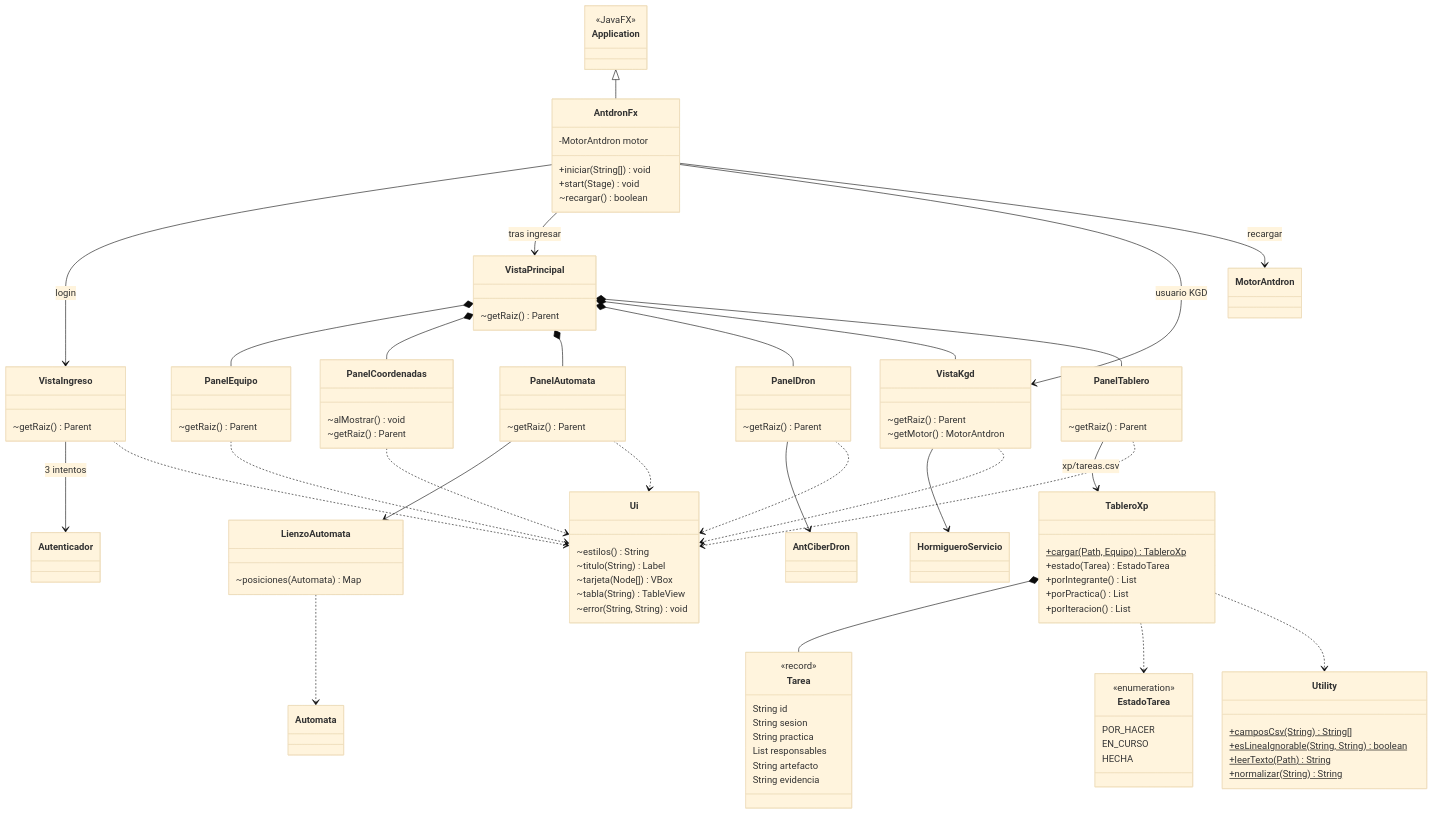
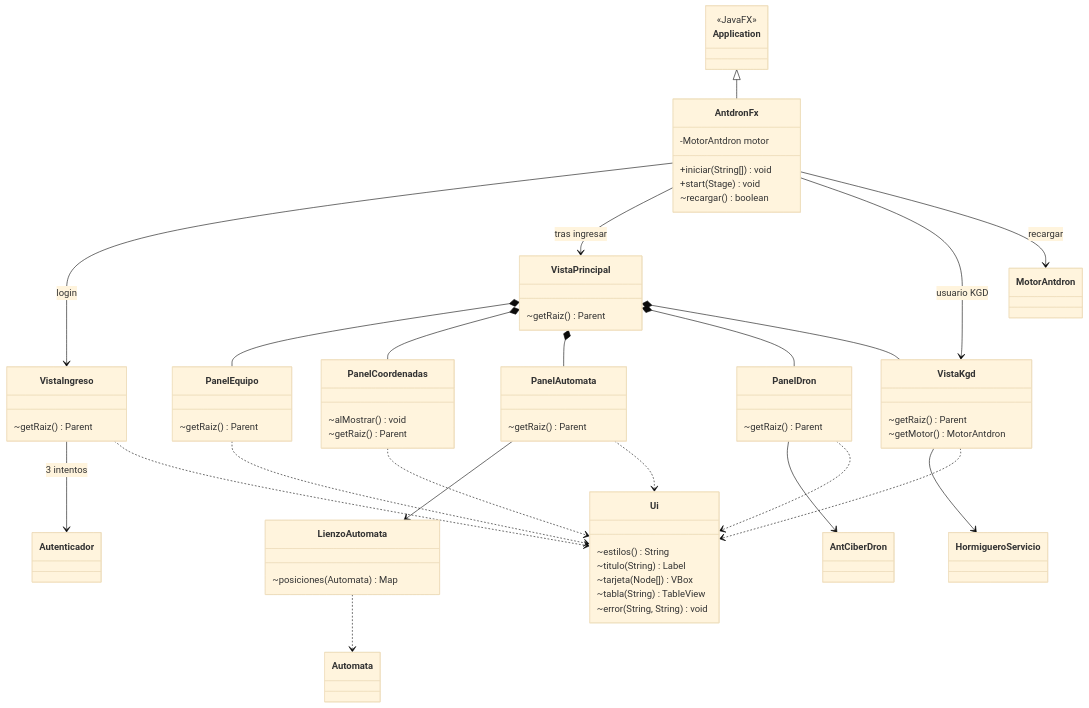
Before and after one commit to amsipan/ProyectoAgiles1erBim: the fifth of 8 diagrams in docs/diagramas/clases.md, drawn with Mermaid (base theme). The commit also changed other lines of this file and 89 other files, not shown here.

````diff
--- a/docs/diagramas/clases.md
+++ b/docs/diagramas/clases.md
@@ -493,37 +510,6 @@
         ~getRaiz() Parent
         ~getMotor() MotorAntdron
     }
-    class PanelTablero {
-        ~getRaiz() Parent
-    }
-    class TableroXp {
-        +cargar(Path, Equipo)$ TableroXp
-        +estado(Tarea) EstadoTarea
-        +porIntegrante() List
-        +porPractica() List
-        +porIteracion() List
-    }
-    class Tarea {
-        <<record>>
-        String id
-        String sesion
-        String practica
-        List responsables
-        String artefacto
-        String evidencia
-    }
-    class EstadoTarea {
-        <<enumeration>>
-        POR_HACER
-        EN_CURSO
-        HECHA
-    }
-    class Utility {
-        +camposCsv(String)$ String[]
-        +esLineaIgnorable(String, String)$ boolean
-        +leerTexto(Path)$ String
-        +normalizar(String)$ String
-    }
     class Ui {
         ~estilos() String
         ~titulo(String) Label
@@ -548,11 +534,6 @@
     VistaPrincipal *-- PanelAutomata
     VistaPrincipal *-- PanelDron
     VistaPrincipal *-- VistaKgd
-    VistaPrincipal *-- PanelTablero
-    PanelTablero --> TableroXp : xp/tareas.csv
-    TableroXp *-- Tarea
-    TableroXp ..> EstadoTarea
-    TableroXp ..> Utility
     PanelAutomata --> LienzoAutomata
     LienzoAutomata ..> Automata
     PanelDron --> AntCiberDron
@@ -562,6 +543,5 @@
     PanelAutomata ..> Ui
     PanelDron ..> Ui
     VistaKgd ..> Ui
-    PanelTablero ..> Ui
     VistaIngreso ..> Ui
 ```
````
